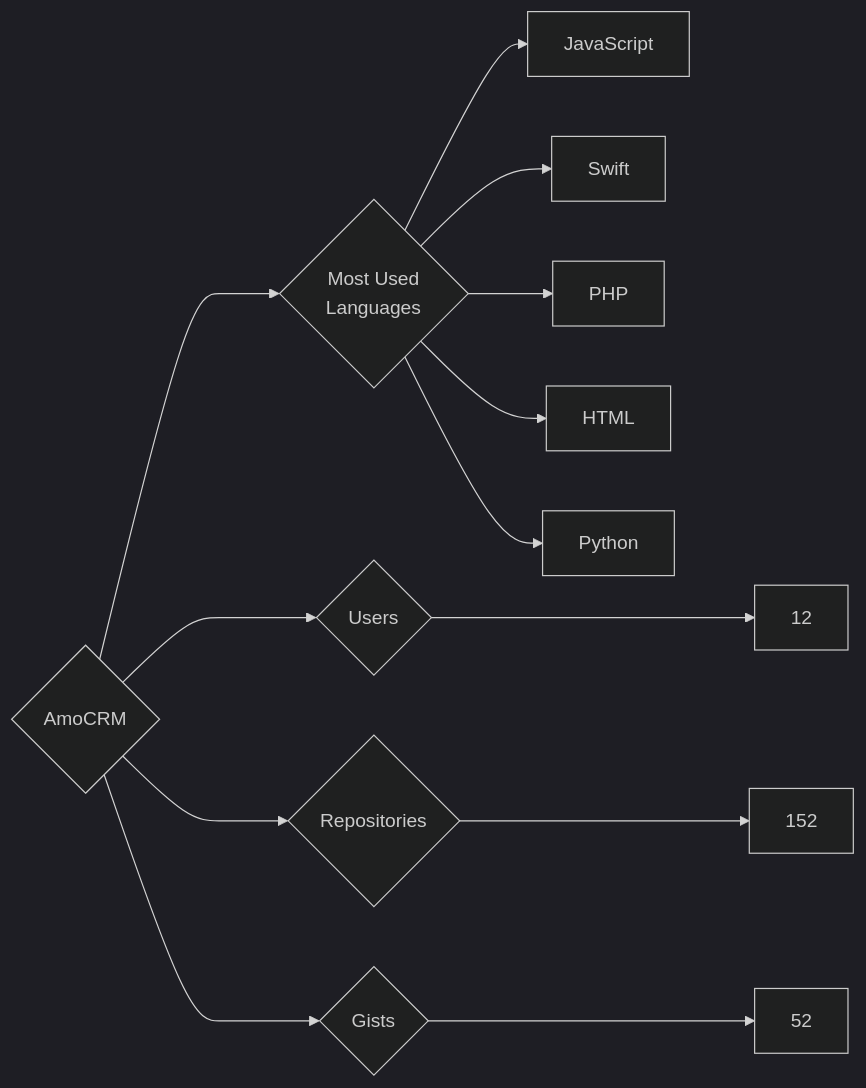
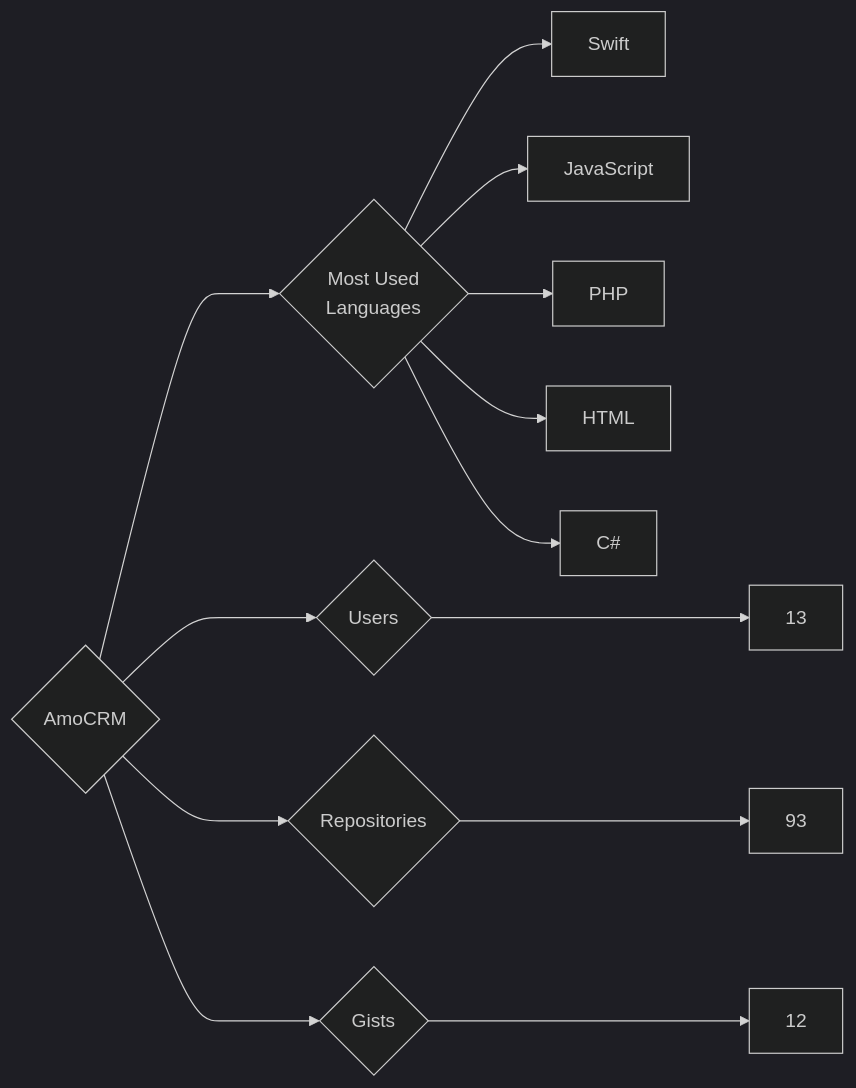
Before and after one commit to trickest/insiders: the diagram in targets/AmoCRM/README.md, drawn with Mermaid (dark theme). The commit also changed 757 other files, not shown here.

````diff
--- a/targets/AmoCRM/README.md
+++ b/targets/AmoCRM/README.md
@@ -3,13 +3,13 @@
 ```mermaid
 graph LR
 COMPANY_NAME{AmoCRM}
-COMPANY_NAME ---> U{Users} ---> UN[12]
-COMPANY_NAME ---> R{Repositories} ---> RN[152]
-COMPANY_NAME ---> G{Gists} ---> GN[52]
+COMPANY_NAME ---> U{Users} ---> UN[13]
+COMPANY_NAME ---> R{Repositories} ---> RN[93]
+COMPANY_NAME ---> G{Gists} ---> GN[12]
 COMPANY_NAME ---> ML{Most Used<br>Languages}
+ML --> Swift[Swift]
 ML --> JavaScript[JavaScript]
-ML --> Swift[Swift]
 ML --> PHP[PHP]
 ML --> HTML[HTML]
-ML --> Python[Python]
+ML --> C#[C#]
 ```
````
